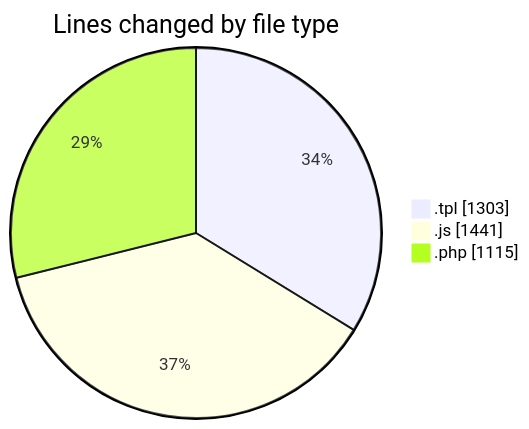
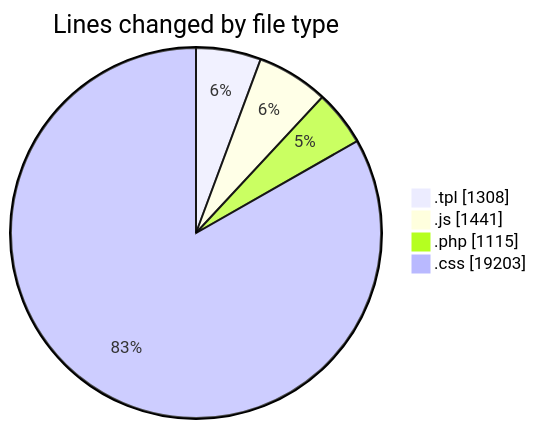
The first of 2 diagrams in 2025-03-24/zeytoon/README.md (vahidmafi/code-tracking), drawn with Mermaid before and after one commit. The commit also changed other lines of this file and 1 other file, not shown here.

````diff
--- a/2025-03-24/zeytoon/README.md
+++ b/2025-03-24/zeytoon/README.md
@@ -23,7 +24,8 @@
 ```mermaid
 pie showData
 title Lines changed by file type
-".tpl" : 1303
+".tpl" : 1308
 ".js" : 1441
 ".php" : 1115
+".css" : 19203
 ```
````
